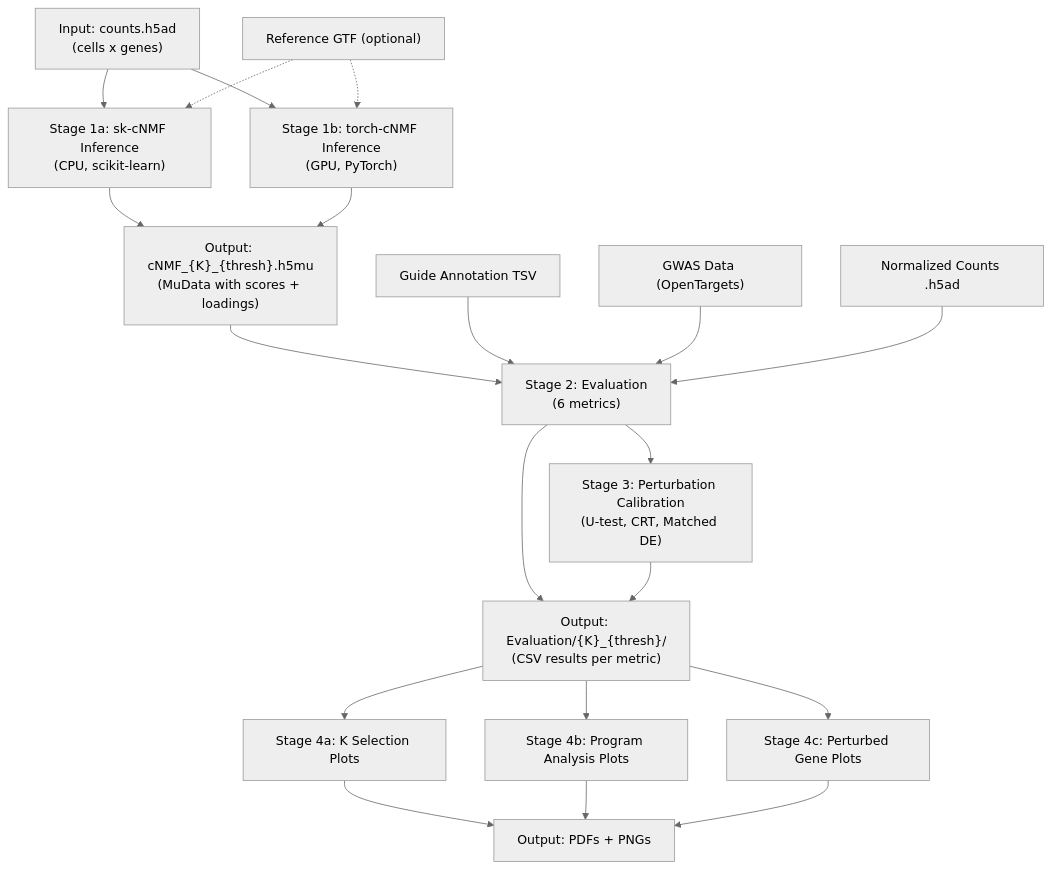
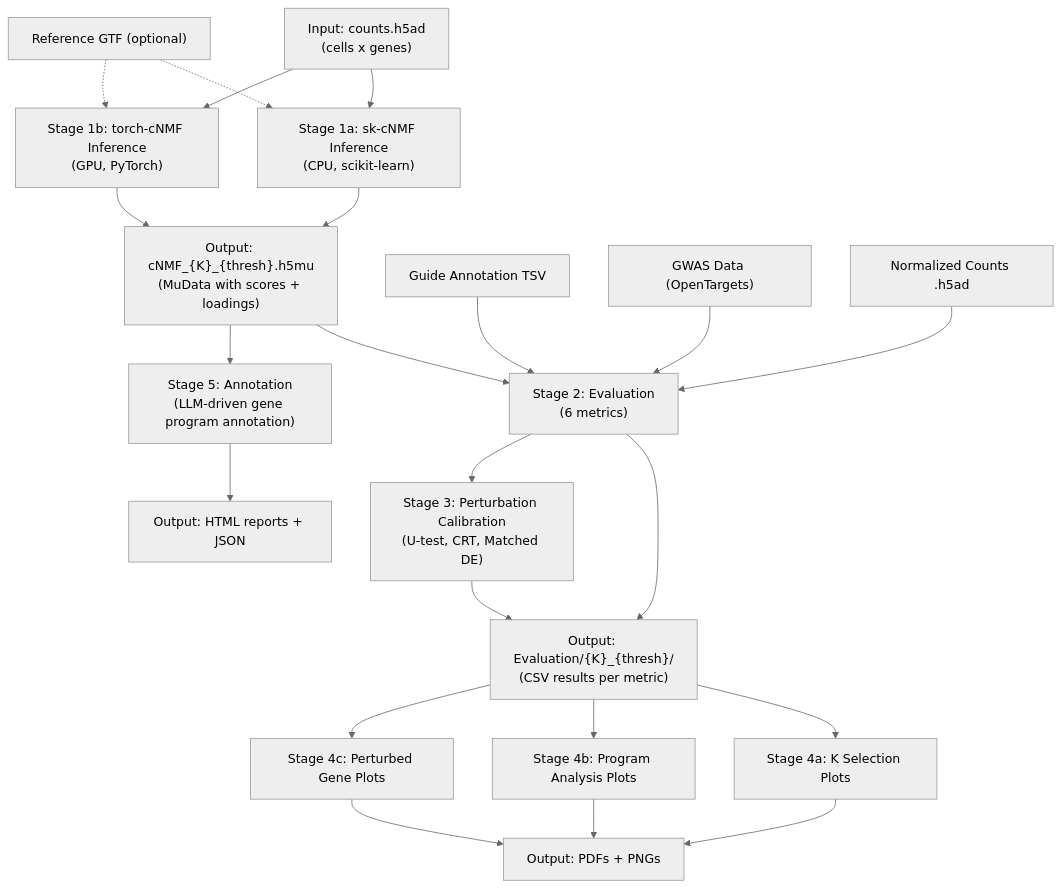
The diagram in CLAUDE.md (EngreitzLab/PerturbNMF), drawn with Mermaid (neutral theme) before and after one commit. The commit also changed 1 other file, not shown here.

Commit message:
Add Annotation stage to mermaid flowchart

````diff
--- a/CLAUDE.md
+++ b/CLAUDE.md
@@ -9,22 +9,24 @@
 ```mermaid
 flowchart TD
     A["Input: counts.h5ad\n(cells x genes)"] --> B["Stage 1a: sk-cNMF Inference\n(CPU, scikit-learn)"]
     A --> C["Stage 1b: torch-cNMF Inference\n(GPU, PyTorch)"]
     B --> D["Output: cNMF_{K}_{thresh}.h5mu\n(MuData with scores + loadings)"]
     C --> D
     D --> E["Stage 2: Evaluation\n(6 metrics)"]
     E --> F["Output: Evaluation/{K}_{thresh}/\n(CSV results per metric)"]
     E --> G["Stage 3: Perturbation Calibration\n(U-test, CRT, Matched DE)"]
     G --> F
     F --> I["Stage 4a: K Selection Plots"]
     F --> J["Stage 4b: Program Analysis Plots"]
     F --> K["Stage 4c: Perturbed Gene Plots"]
     I --> L["Output: PDFs + PNGs"]
     J --> L
     K --> L
+    D --> Q["Stage 5: Annotation\n(LLM-driven gene program annotation)"]
+    Q --> R["Output: HTML reports + JSON"]
     M["Guide Annotation TSV"] --> E
     N["GWAS Data (OpenTargets)"] --> E
     O["Normalized Counts .h5ad"] --> E
     P["Reference GTF (optional)"] -.-> B
     P -.-> C
 ```
````
